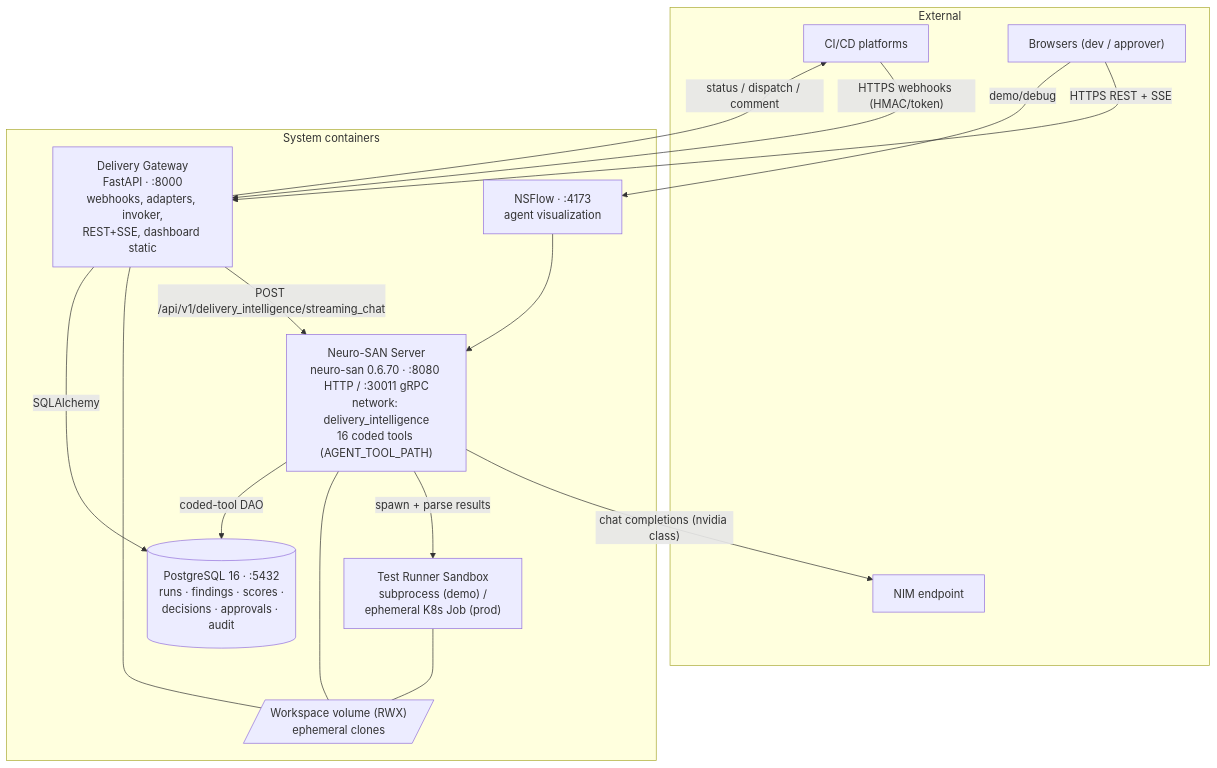
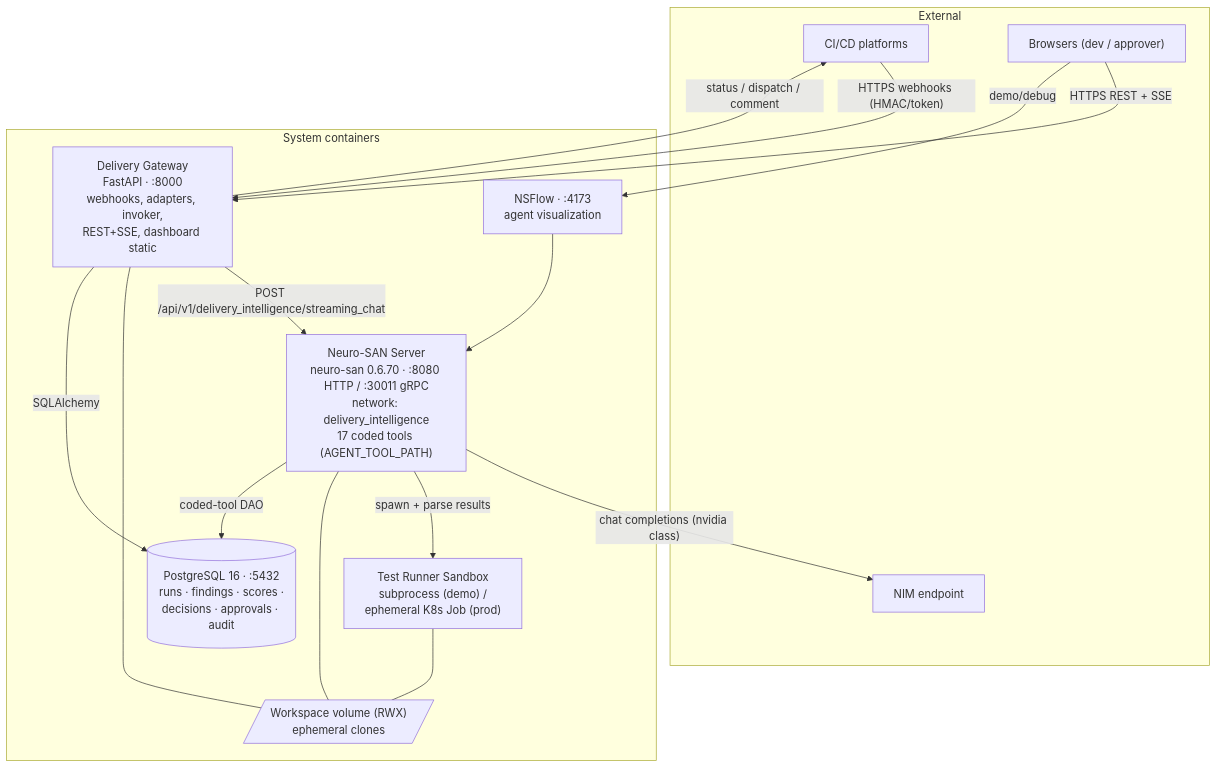
One commit to anandharshit712/Sentinel changed the second of 6 diagrams in docs/solution/05-architecture-diagram.md. Above: the diagram before and after it, drawn with Mermaid. The commit also changed other lines of this file and 8 other files, not shown here.

First line of the commit message:
Enhance documentation and implementation plan for Neuro-SAN project

````diff
--- a/docs/solution/05-architecture-diagram.md
+++ b/docs/solution/05-architecture-diagram.md
@@ -54,31 +54,31 @@
 ```mermaid
 flowchart TB
     subgraph EXT["External"]
         CI["CI/CD platforms"]
         USERS["Browsers (dev / approver)"]
         NIMX["NIM endpoint"]
     end
 
     subgraph SYSTEM["System containers"]
         GW["Delivery Gateway<br/>FastAPI · :8000<br/>webhooks, adapters, invoker,<br/>REST+SSE, dashboard static"]
-        NS["Neuro-SAN Server<br/>neuro-san 0.6.70 · :8080 HTTP / :30011 gRPC<br/>network: delivery_intelligence<br/>16 coded tools (AGENT_TOOL_PATH)"]
+        NS["Neuro-SAN Server<br/>neuro-san 0.6.70 · :8080 HTTP / :30011 gRPC<br/>network: delivery_intelligence<br/>17 coded tools (AGENT_TOOL_PATH)"]
         RUN["Test Runner Sandbox<br/>subprocess (demo) /<br/>ephemeral K8s Job (prod)"]
         NF["NSFlow · :4173<br/>agent visualization"]
         PG[("PostgreSQL 16 · :5432<br/>runs · findings · scores ·<br/>decisions · approvals · audit")]
         WS[/"Workspace volume (RWX)<br/>ephemeral clones"/]
     end
 
     CI -->|"HTTPS webhooks (HMAC/token)"| GW
     GW -->|"POST /api/v1/delivery_intelligence/streaming_chat"| NS
     NS -->|"chat completions (nvidia class)"| NIMX
     NS -->|"spawn + parse results"| RUN
     RUN --- WS
     GW --- WS
     NS --- WS
     GW -->|"SQLAlchemy"| PG
     NS -->|"coded-tool DAO"| PG
     USERS -->|"HTTPS REST + SSE"| GW
     USERS -->|"demo/debug"| NF
     NF --> NS
     GW -->|"status / dispatch / comment"| CI
 ```
````
